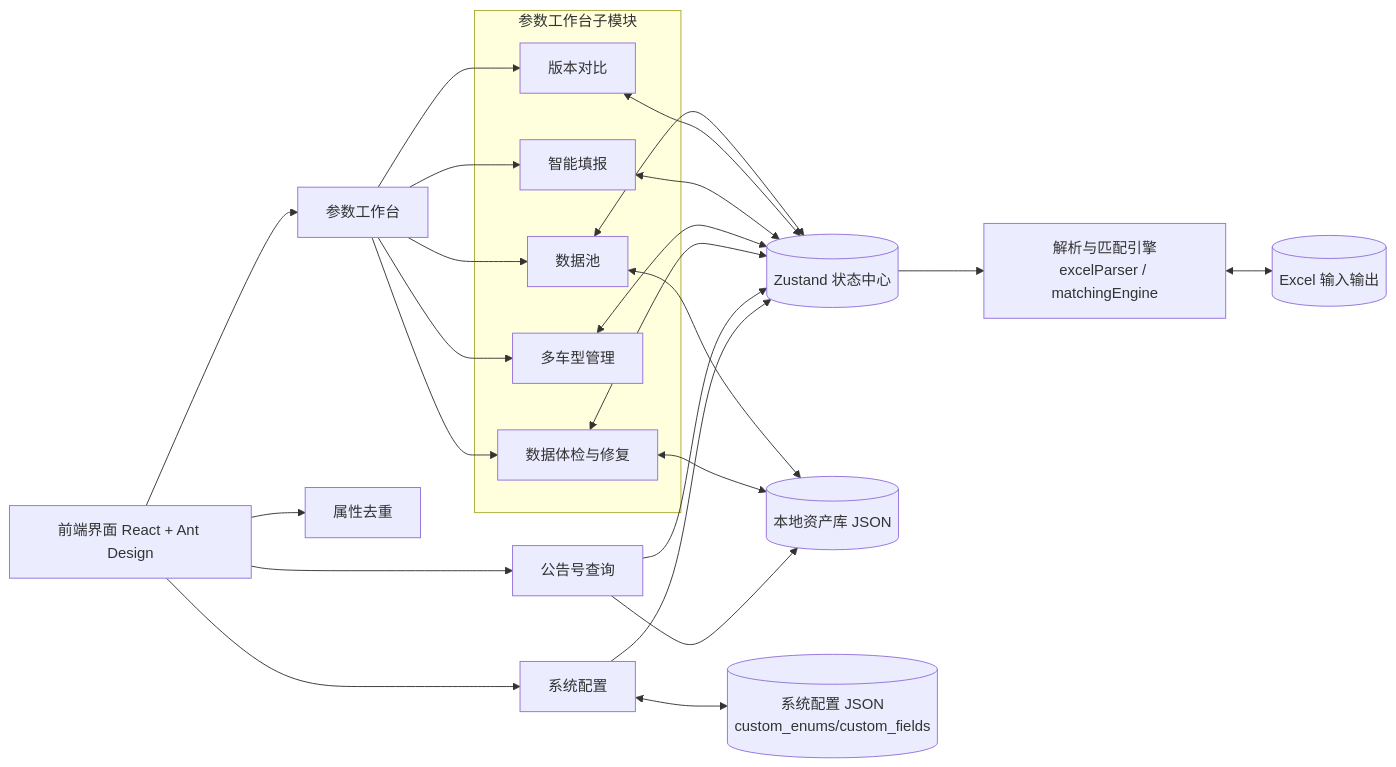
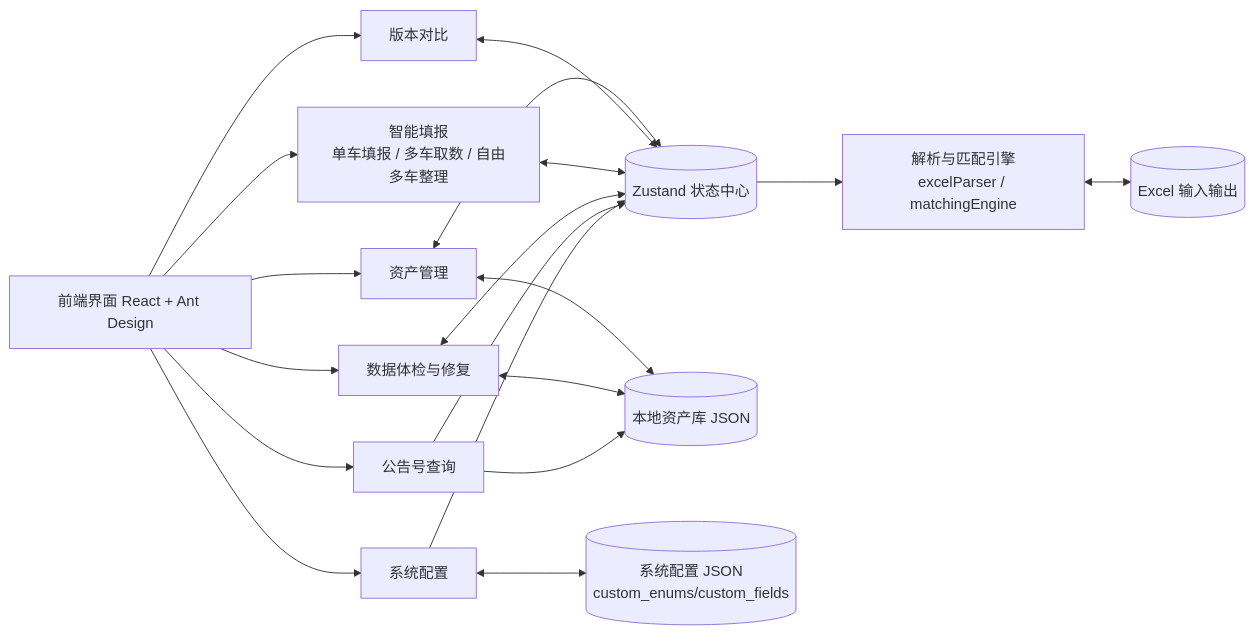
One commit to red-patch/vehicle-parameter changed the first of 2 diagrams in docs/User_Manual.md. Above: the diagram before and after it, drawn with Mermaid. The commit also changed other lines of this file and 35 other files, not shown here.

````diff
--- a/docs/User_Manual.md
+++ b/docs/User_Manual.md
@@ -82,44 +83,31 @@
 ```mermaid
 flowchart LR
     UI[前端界面 React + Ant Design]
 
-    UI --> NAV1[参数工作台]
-    UI --> NAV2[公告号查询]
-    UI --> NAV3[系统配置]
-    UI --> NAV4[属性去重]
-
-    subgraph WB[参数工作台子模块]
-        POOL[数据池]
-        COMPARE[版本对比]
-        FILL[智能填报]
-        MULTI[多车型管理]
-        PURIFY[数据体检与修复]
-    end
-
-    NAV1 --> POOL
-    NAV1 --> COMPARE
-    NAV1 --> FILL
-    NAV1 --> MULTI
-    NAV1 --> PURIFY
+    UI --> NAV1[资产管理]
+    UI --> NAV2[版本对比]
+    UI --> NAV3[智能填报<br/>单车填报 / 多车取数 / 自由多车整理]
+    UI --> NAV4[数据体检与修复]
+    UI --> NAV5[公告号查询]
+    UI --> NAV6[系统配置]
 
     STORE[(Zustand 状态中心)]
     ENGINE[解析与匹配引擎<br/>excelParser / matchingEngine]
     ASSET[(本地资产库 JSON)]
     EXCEL[(Excel 输入输出)]
     CONF[(系统配置 JSON<br/>custom_enums/custom_fields)]
 
-    POOL <--> STORE
-    COMPARE <--> STORE
-    FILL <--> STORE
-    MULTI <--> STORE
-    PURIFY <--> STORE
-    NAV2 --> STORE
+    NAV1 <--> STORE
+    NAV2 <--> STORE
+    NAV3 <--> STORE
+    NAV4 <--> STORE
+    NAV5 --> STORE
 
     STORE --> ENGINE
     ENGINE <--> EXCEL
-    POOL <--> ASSET
-    PURIFY <--> ASSET
-    NAV2 --> ASSET
-    NAV3 <--> CONF
-    NAV3 --> STORE
+    NAV1 <--> ASSET
+    NAV4 <--> ASSET
+    NAV5 --> ASSET
+    NAV6 <--> CONF
+    NAV6 --> STORE
 ```
````
